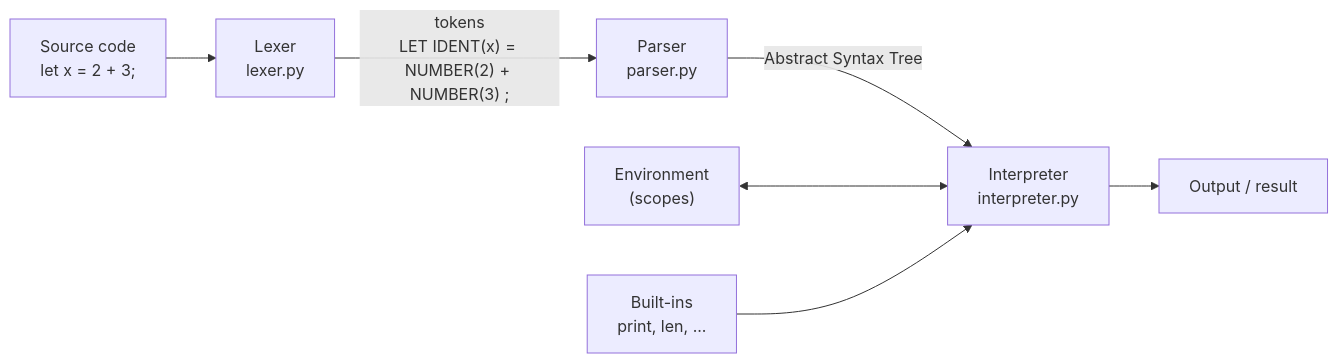
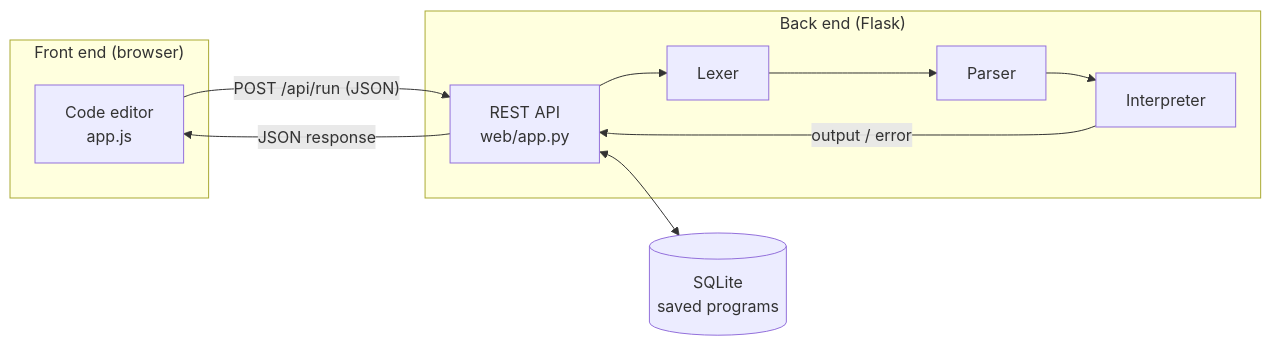
Before and after one commit to TheOne-ship/Lumen-interpreter: the diagram in README.md, drawn with Mermaid. The commit also changed other lines of this file and 19 other files, not shown here.

First line of the commit message:
Add full stack web playground: Flask REST API, SQLite and browser editor

````diff
--- a/README.md
+++ b/README.md
@@ -80,9 +105,16 @@
 ```mermaid
 flowchart LR
-    A["Source code<br/>let x = 2 + 3;"] --> B["Lexer<br/>lexer.py"]
-    B -- "tokens<br/>LET IDENT(x) = NUMBER(2) + NUMBER(3) ;" --> C["Parser<br/>parser.py"]
-    C -- "Abstract Syntax Tree" --> D["Interpreter<br/>interpreter.py"]
-    D --> E["Output / result"]
-    F["Environment<br/>(scopes)"] <--> D
-    G["Built-ins<br/>print, len, ..."] --> D
+    subgraph Browser["Front end (browser)"]
+        E["Code editor<br/>app.js"]
+    end
+    subgraph Server["Back end (Flask)"]
+        API["REST API<br/>web/app.py"]
+        L["Lexer"] --> P["Parser"] --> I["Interpreter"]
+    end
+    DB[("SQLite<br/>saved programs")]
+    E -- "POST /api/run (JSON)" --> API
+    API --> L
+    I -- "output / error" --> API
+    API -- "JSON response" --> E
+    API <--> DB
 ```
````
